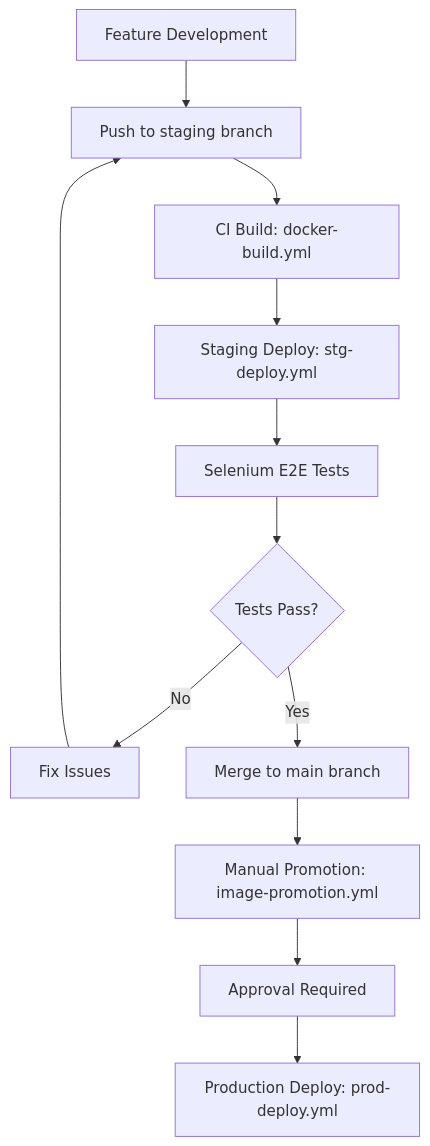
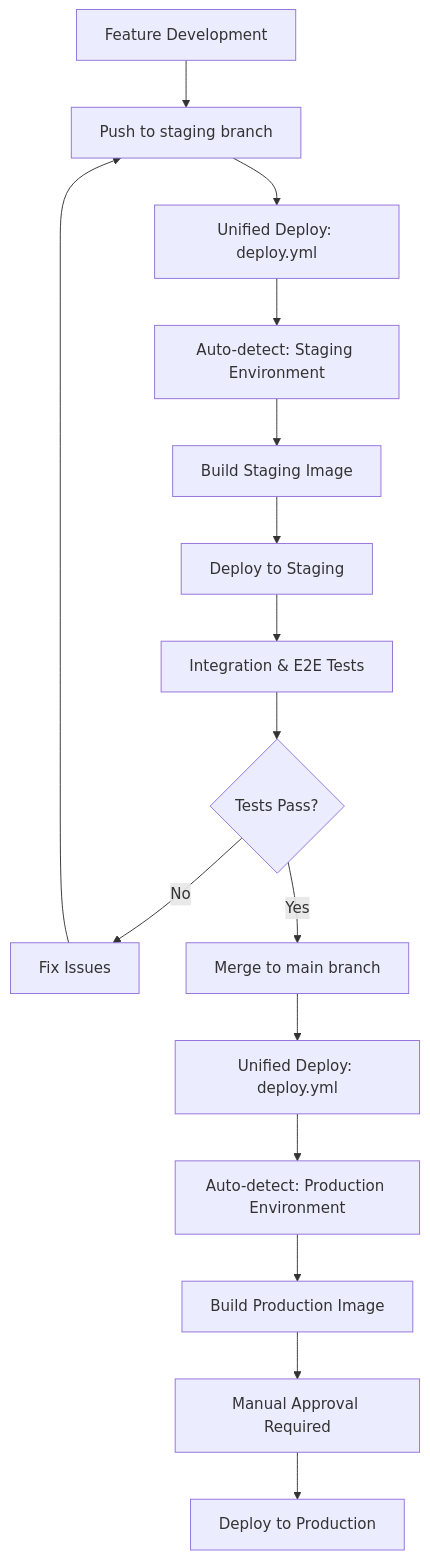
One commit to bxmty/dotca changed the diagram in docs/cicd/README.md. Above: the diagram before and after it, drawn with Mermaid. The commit also changed other lines of this file and 7 other files, not shown here.

````diff
--- a/docs/cicd/README.md
+++ b/docs/cicd/README.md
@@ -70,14 +71,18 @@
 ```mermaid
 graph TD
     A[Feature Development] --> B[Push to staging branch]
-    B --> C[CI Build: docker-build.yml]
-    C --> D[Staging Deploy: stg-deploy.yml]
-    D --> E[Selenium E2E Tests]
-    E --> F{Tests Pass?}
-    F -->|No| G[Fix Issues]
-    G --> B
-    F -->|Yes| H[Merge to main branch]
-    H --> I[Manual Promotion: image-promotion.yml]
-    I --> J[Approval Required]
-    J --> K[Production Deploy: prod-deploy.yml]
+    B --> C[Unified Deploy: deploy.yml]
+    C --> D[Auto-detect: Staging Environment]
+    D --> E[Build Staging Image]
+    E --> F[Deploy to Staging]
+    F --> G[Integration & E2E Tests]
+    G --> H{Tests Pass?}
+    H -->|No| I[Fix Issues]
+    I --> B
+    H -->|Yes| J[Merge to main branch]
+    J --> K[Unified Deploy: deploy.yml]
+    K --> L[Auto-detect: Production Environment]
+    L --> M[Build Production Image]
+    M --> N[Manual Approval Required]
+    N --> O[Deploy to Production]
 ```
````
